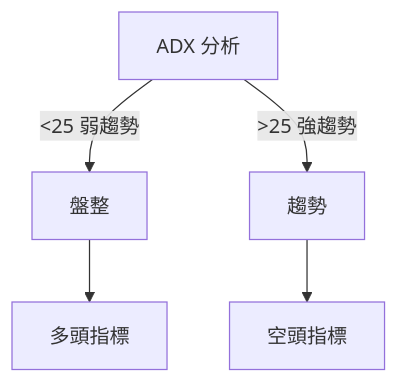
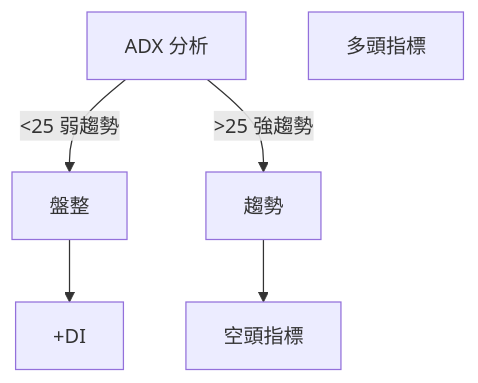
One commit to yennanliu/finance_data changed the third of 9 diagrams in ai_gen_report/stock/tsla/technical_analysis_2026-04-17_openai.md. Above: the diagram before and after it, drawn with Mermaid. The commit also changed other lines of this file and 2171 other files, not shown here.

First line of the commit message:
chore: re-run corrected Mermaid backfill across reports

````diff
--- a/ai_gen_report/stock/tsla/technical_analysis_2026-04-17_openai.md
+++ b/ai_gen_report/stock/tsla/technical_analysis_2026-04-17_openai.md
@@ -159,10 +159,10 @@
 ```mermaid
 graph TD
     ADX["ADX 分析"]
     +DI["多頭指標"]
     -DI["空頭指標"]
-    ADX -->|<25 弱趨勢| 盤整
-    ADX -->|>25 強趨勢| 趨勢
-    盤整 --> +DI
+    ADX -->|"<25 弱趨勢"| 盤整
+    ADX -->|">25 強趨勢"| 趨勢
+    盤整 --> nb1["+DI"]
     趨勢 --> -DI
 ```
````
